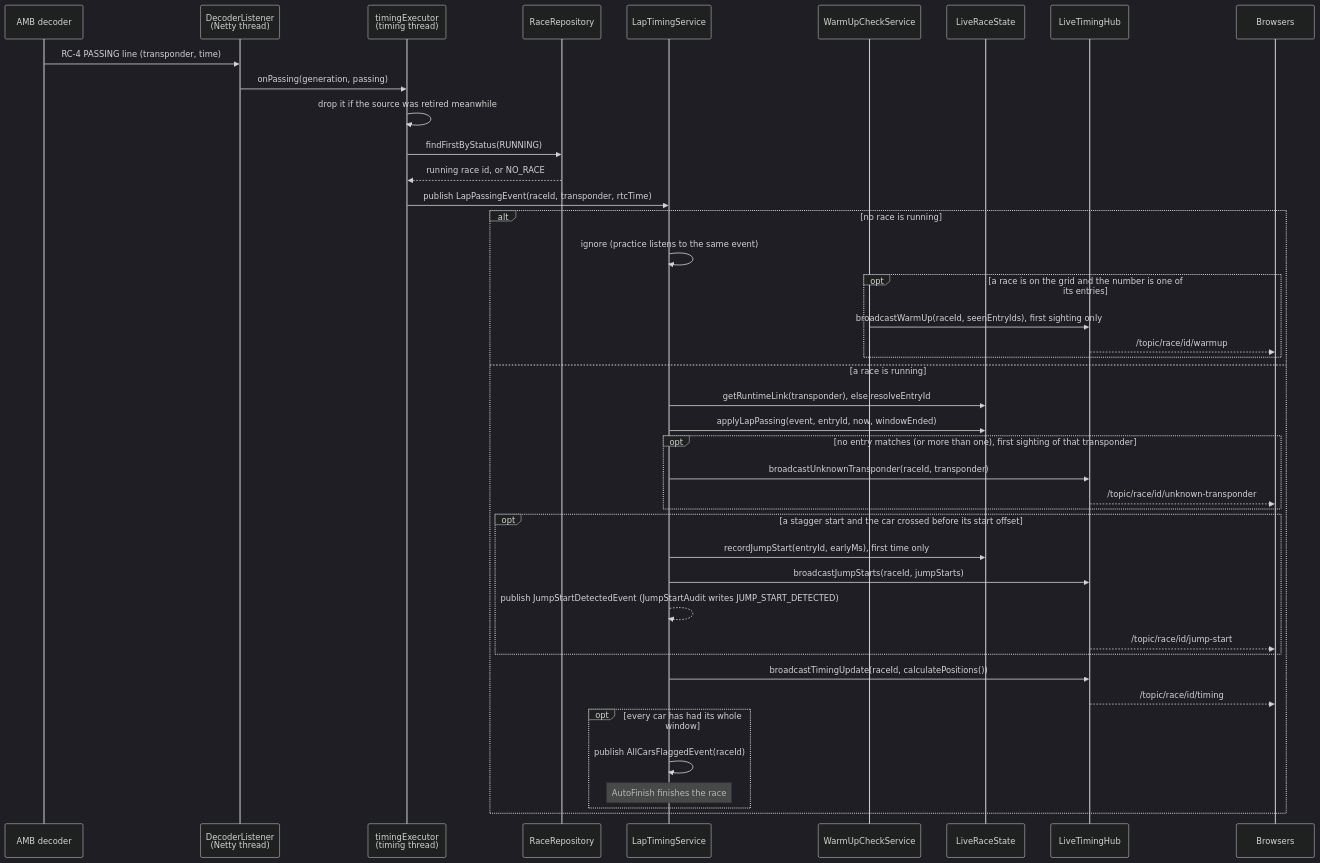
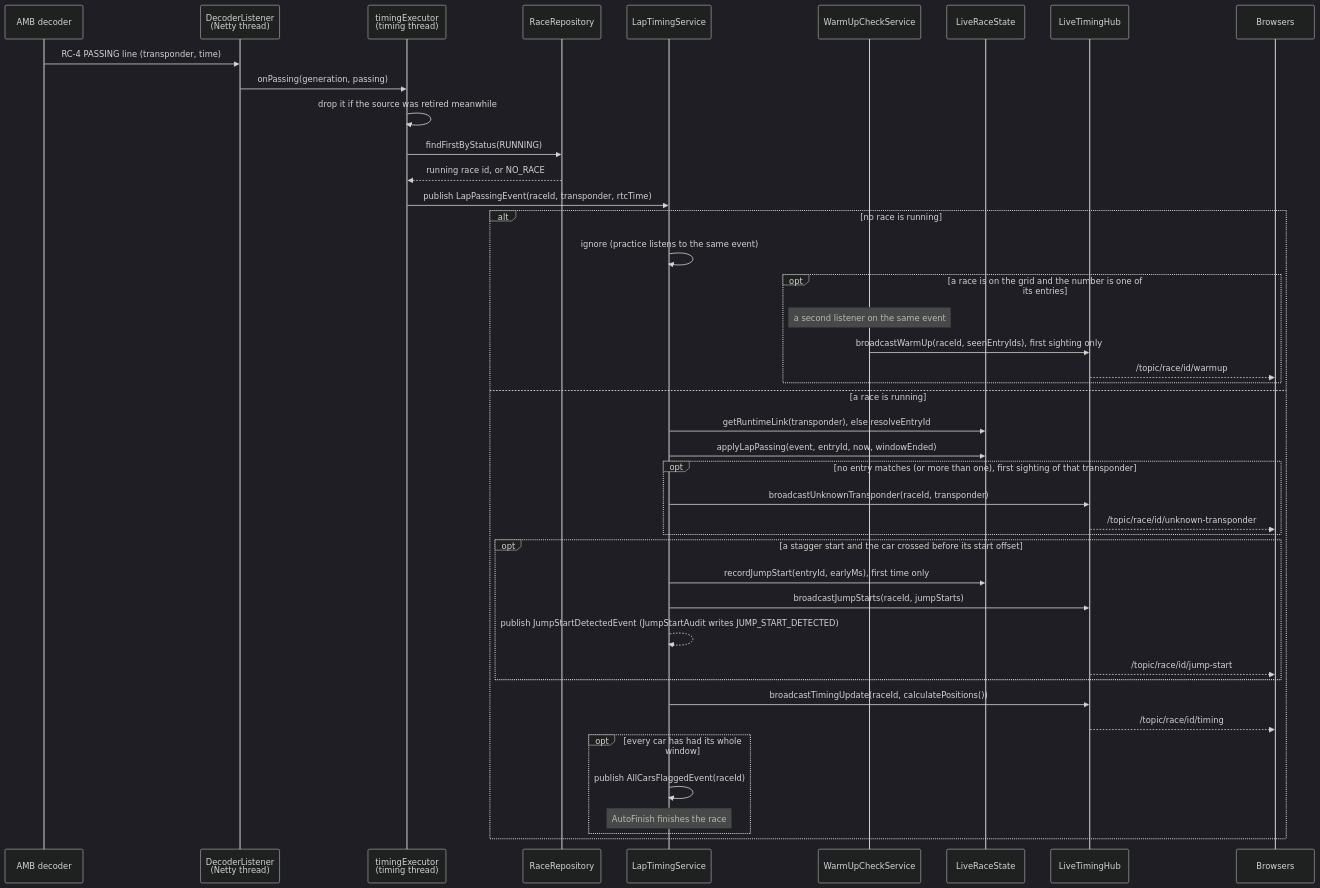
The first of 10 diagrams in docs/developer/sequences.md (RCRaceHub/RCTimingControl), drawn with Mermaid (dark theme) before and after one commit. The commit also changed 5 other files, not shown here.

````diff
--- a/docs/developer/sequences.md
+++ b/docs/developer/sequences.md
@@ -18,45 +18,46 @@
 ```mermaid
 sequenceDiagram
     participant Dec as AMB decoder
     participant DL as DecoderListener<br/>(Netty thread)
     participant TE as timingExecutor<br/>(timing thread)
     participant RR as RaceRepository
     participant LTS as LapTimingService
     participant WU as WarmUpCheckService
     participant LRS as LiveRaceState
     participant Hub as LiveTimingHub
     participant B as Browsers
 
     Dec->>DL: RC-4 PASSING line (transponder, time)
     DL->>TE: onPassing(generation, passing)
     TE->>TE: drop it if the source was retired meanwhile
     TE->>RR: findFirstByStatus(RUNNING)
     RR-->>TE: running race id, or NO_RACE
     TE->>LTS: publish LapPassingEvent(raceId, transponder, rtcTime)
     alt no race is running
         LTS->>LTS: ignore (practice listens to the same event)
         opt a race is on the grid and the number is one of its entries
+            Note over WU: a second listener on the same event
             WU->>Hub: broadcastWarmUp(raceId, seenEntryIds), first sighting only
             Hub-->>B: /topic/race/id/warmup
         end
     else a race is running
         LTS->>LRS: getRuntimeLink(transponder), else resolveEntryId
         LTS->>LRS: applyLapPassing(event, entryId, now, windowEnded)
         opt no entry matches (or more than one), first sighting of that transponder
             LTS->>Hub: broadcastUnknownTransponder(raceId, transponder)
             Hub-->>B: /topic/race/id/unknown-transponder
         end
         opt a stagger start and the car crossed before its start offset
             LTS->>LRS: recordJumpStart(entryId, earlyMs), first time only
             LTS->>Hub: broadcastJumpStarts(raceId, jumpStarts)
             LTS-->>LTS: publish JumpStartDetectedEvent (JumpStartAudit writes JUMP_START_DETECTED)
             Hub-->>B: /topic/race/id/jump-start
         end
         LTS->>Hub: broadcastTimingUpdate(raceId, calculatePositions())
         Hub-->>B: /topic/race/id/timing
         opt every car has had its whole window
             LTS->>LTS: publish AllCarsFlaggedEvent(raceId)
             Note over LTS: AutoFinish finishes the race
         end
     end
 ```
````
